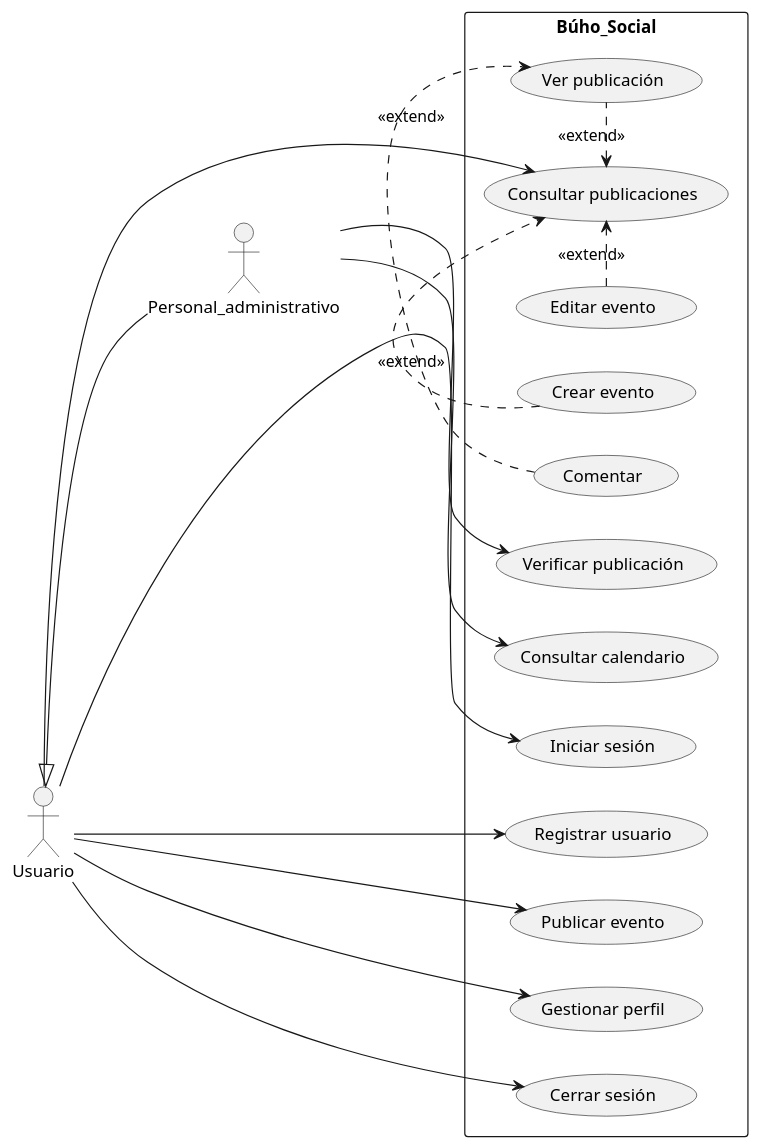
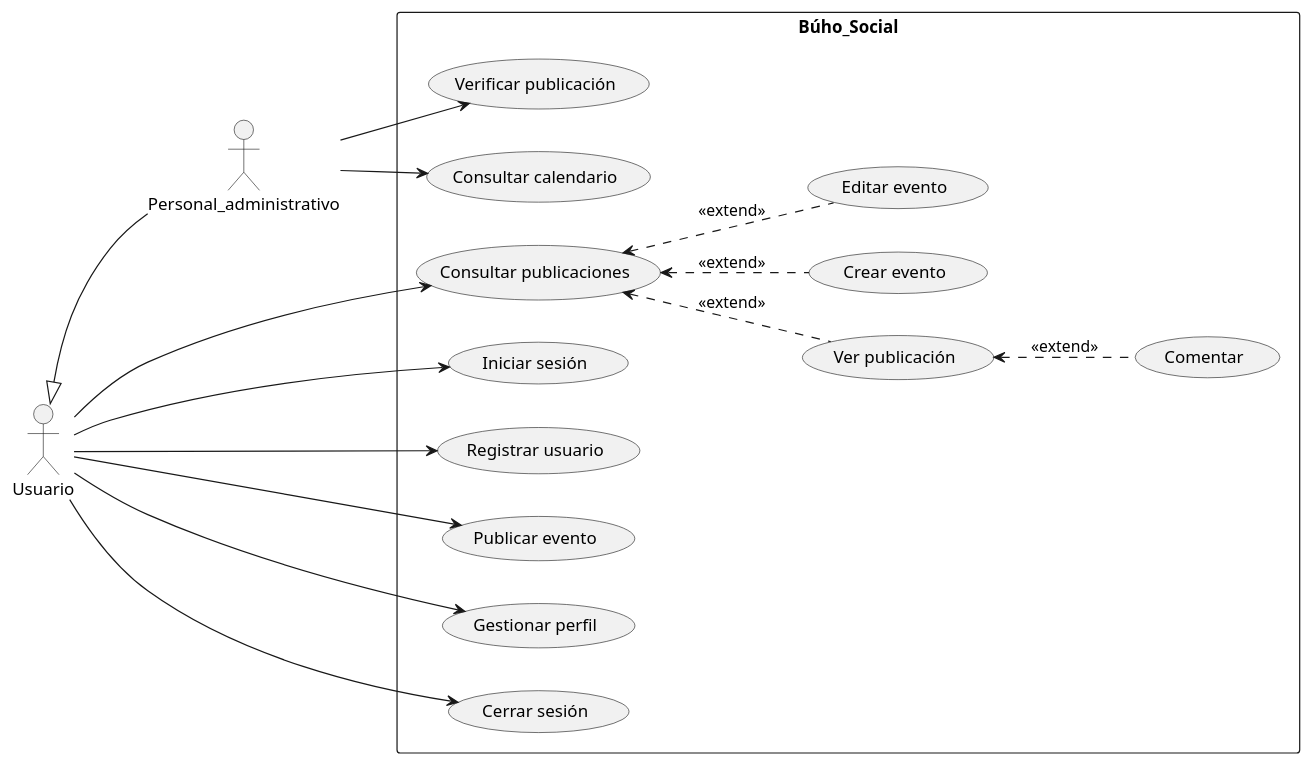
Before and after one commit to Dayannis-07/ING_SOFT: the diagram in docs/scenariosView/Diagrama casos de uso.puml, drawn with PlantUML.

Commit message:
Diagrama de Casos de uso

```diff
--- a/docs/scenariosView/Diagrama casos de uso.puml
+++ b/docs/scenariosView/Diagrama casos de uso.puml
@@ -1,43 +1,43 @@
 @startuml Diagrama de casos de uso
 actor Personal_administrativo as admin
 actor Usuario as user
 left to right direction
 user <|-- admin
 
 rectangle Búho_Social{
     usecase "Iniciar sesión" as UC1
     usecase "Registrar usuario" as UC2
     usecase "Consultar publicaciones" as UC3
     usecase "Crear evento" as UC4
     usecase "Ver publicación" as UC5
     usecase "Comentar" as UC6
     usecase "Editar evento" as UC7
     usecase "Publicar evento" as UC8
     usecase "Gestionar perfil" as UC9
     usecase "Cerrar sesión" as UC10
     usecase "Verificar publicación" as UC11
     usecase "Consultar calendario" as UC12
 }
 admin -->UC11
 admin -->UC12
 user-->UC8
 user-->UC9
-UC7 .right.>UC3 :<<extend>>
-UC4 .right.>UC3 :<<extend>>
-UC5 .left.>UC3 :<<extend>>
-UC6 .right.>UC5 :<<extend>>
+UC7 .u.>UC3 :<<extend>>
+UC4 .u.>UC3 :<<extend>>
+UC5 .u.>UC3 :<<extend>>
+UC6 .u.>UC5 :<<extend>>
 user-down->UC10
 user-->UC1
 user-->UC2
 user-->UC3
 
 
 
 
 
 
 
 
 
 
 @enduml
```
